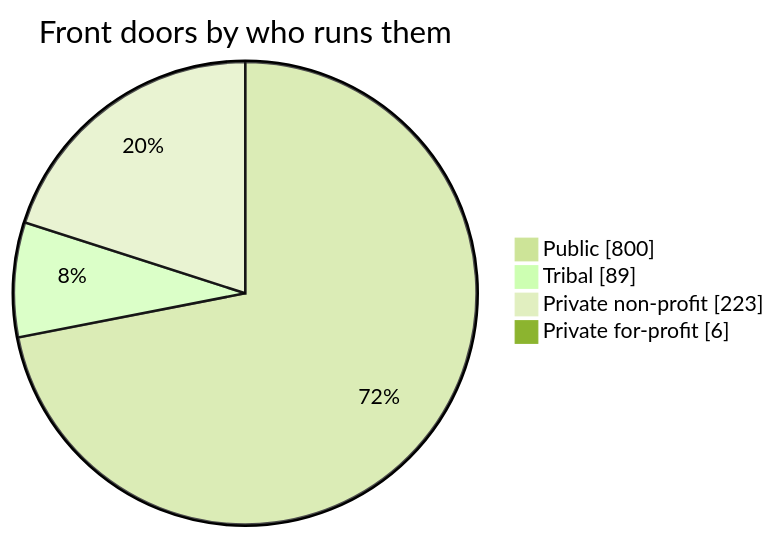
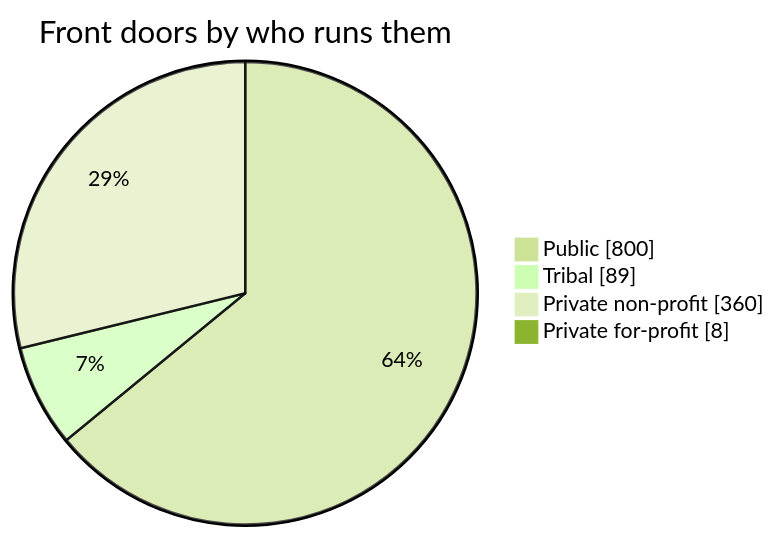
One commit to jamiegannaway/kinderform changed the third of 3 diagrams in docs/us-survey-plan.md. Above: the diagram before and after it, drawn with Mermaid (forest theme). The commit also changed other lines of this file and 1 other file, not shown here.

First line of the commit message:
US register: private agencies for South Carolina to Wyoming

````diff
--- a/docs/us-survey-plan.md
+++ b/docs/us-survey-plan.md
@@ -65,7 +65,7 @@
 ```mermaid
 pie showData title Front doors by who runs them
     "Public" : 800
     "Tribal" : 89
-    "Private non-profit" : 223
-    "Private for-profit" : 6
+    "Private non-profit" : 360
+    "Private for-profit" : 8
 ```
````
